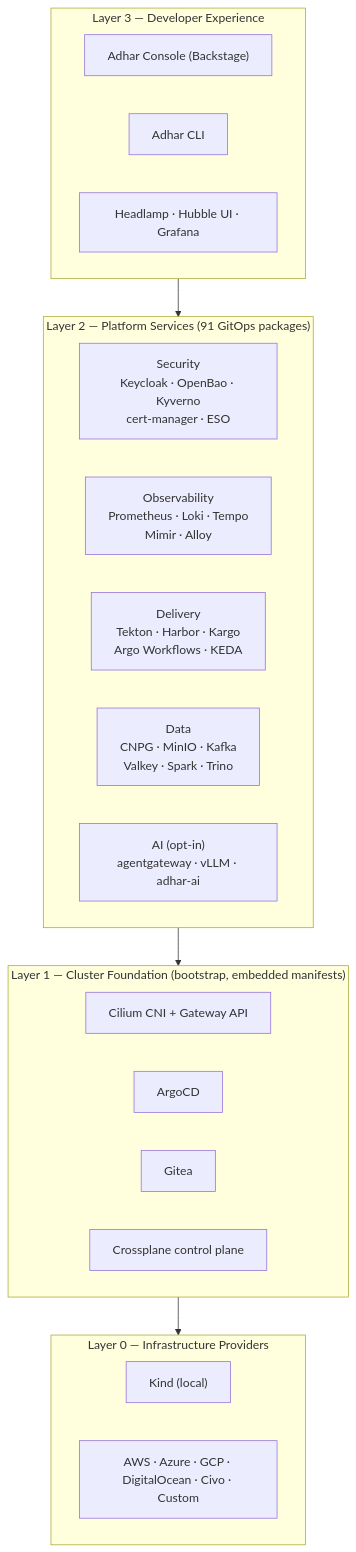
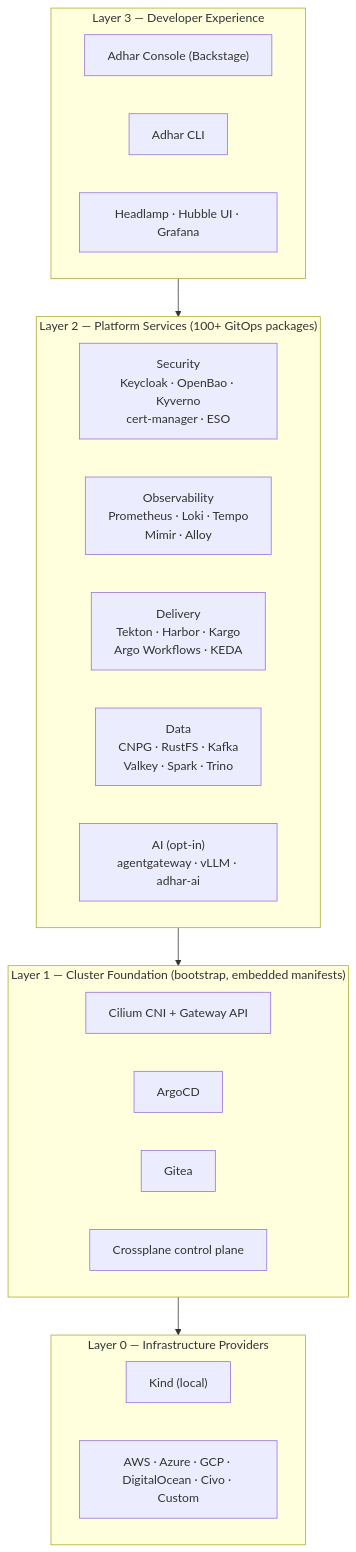
The first of 4 diagrams in docs/ARCHITECTURE.md (adhar-io/adhar), drawn with Mermaid before and after one commit. The commit also changed other lines of this file and 61 other files, not shown here.

````diff
--- a/docs/ARCHITECTURE.md
+++ b/docs/ARCHITECTURE.md
@@ -64,26 +64,26 @@
 ```mermaid
 flowchart TB
     subgraph L3["Layer 3 — Developer Experience"]
         console["Adhar Console (Backstage)"]
         cli["Adhar CLI"]
         ui["Headlamp · Hubble UI · Grafana"]
     end
-    subgraph L2["Layer 2 — Platform Services (91 GitOps packages)"]
+    subgraph L2["Layer 2 — Platform Services (100+ GitOps packages)"]
         sec["Security<br/>Keycloak · OpenBao · Kyverno<br/>cert-manager · ESO"]
         obs["Observability<br/>Prometheus · Loki · Tempo<br/>Mimir · Alloy"]
         app["Delivery<br/>Tekton · Harbor · Kargo<br/>Argo Workflows · KEDA"]
-        data["Data<br/>CNPG · MinIO · Kafka<br/>Valkey · Spark · Trino"]
+        data["Data<br/>CNPG · RustFS · Kafka<br/>Valkey · Spark · Trino"]
         ai["AI (opt-in)<br/>agentgateway · vLLM · adhar-ai"]
     end
     subgraph L1["Layer 1 — Cluster Foundation (bootstrap, embedded manifests)"]
         cilium["Cilium CNI + Gateway API"]
         argocd["ArgoCD"]
         gitea["Gitea"]
         xp["Crossplane control plane"]
     end
     subgraph L0["Layer 0 — Infrastructure Providers"]
         kind["Kind (local)"]
         clouds["AWS · Azure · GCP · DigitalOcean · Civo · Custom"]
     end
     L3 --> L2 --> L1 --> L0
 ```
````
